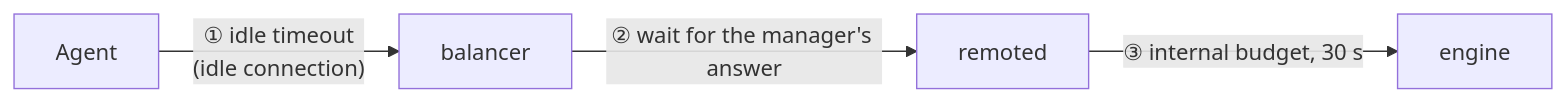
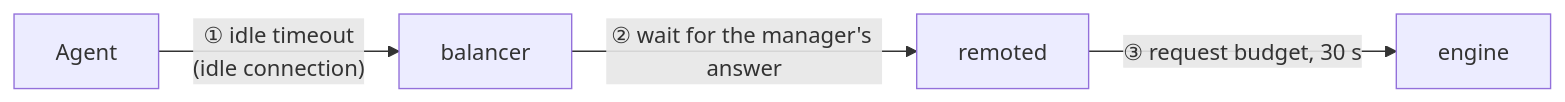
Before and after one commit to wazuh/wazuh: the sixth of 9 diagrams in docs/ref/modules/remoted/load-balancers/README.md, drawn with Mermaid. The commit also changed other lines of this file and 232 other files, not shown here.

````diff
--- a/docs/ref/modules/remoted/load-balancers/README.md
+++ b/docs/ref/modules/remoted/load-balancers/README.md
@@ -186,6 +190,6 @@
 ```mermaid
 flowchart LR
     A["Agent"] -->|"① idle timeout<br/>(idle connection)"| N["balancer"]
     N -->|"② wait for the manager's answer"| R["remoted"]
-    R -->|"③ internal budget, 30 s"| E["engine"]
+    R -->|"③ request budget, 30 s"| E["engine"]
 ```
````
